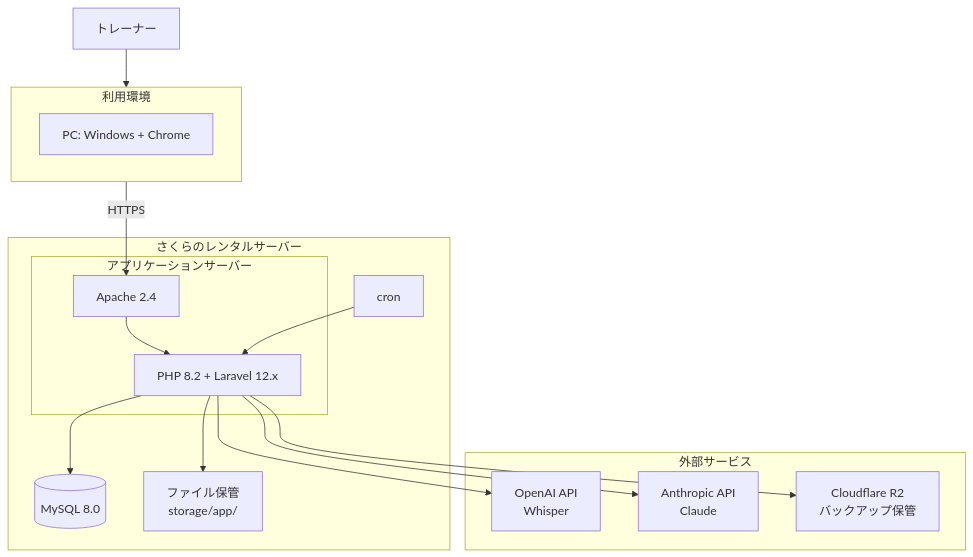
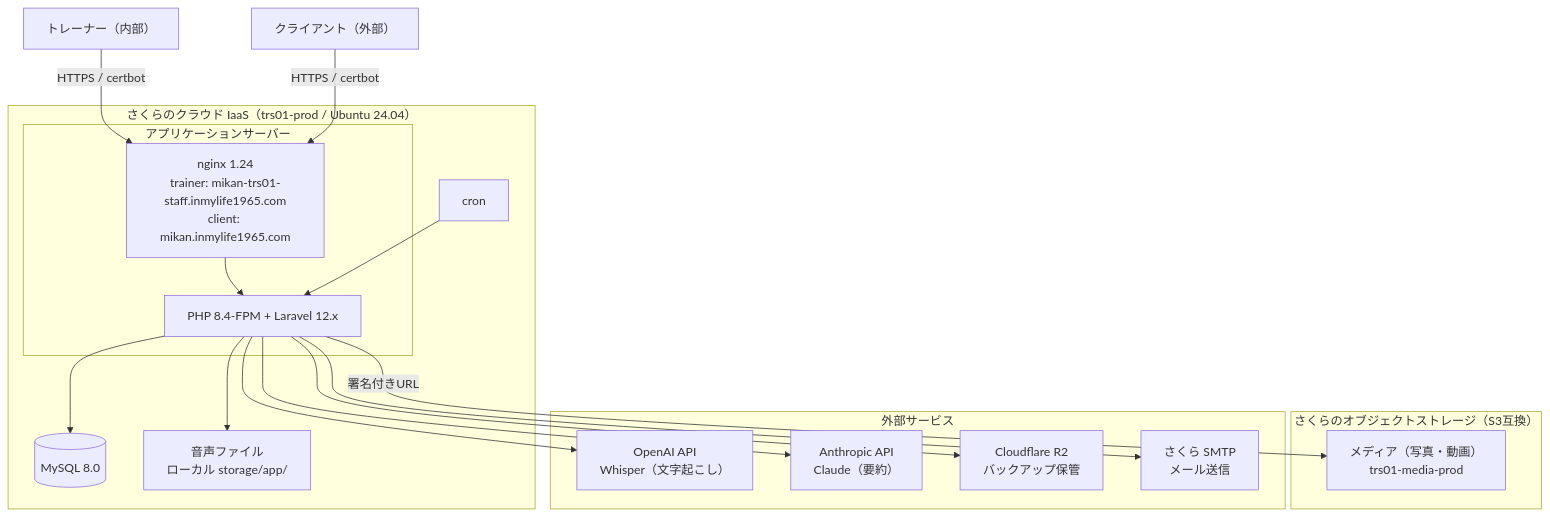
One commit to y-ouchi-inmylife/training-record-system changed the diagram in docs/architecture.md. Above: the diagram before and after it, drawn with Mermaid. The commit also changed other lines of this file and 1 other file, not shown here.

````diff
--- a/docs/architecture.md
+++ b/docs/architecture.md
@@ -14,35 +14,39 @@
 ```mermaid
 flowchart TD
-    User[トレーナー]
-    
-    subgraph UserEnv["利用環境"]
-        PC[PC: Windows + Chrome]
-    end
+    Trainer[トレーナー（内部）]
+    Client[クライアント（外部）]
 
-    subgraph Sakura["さくらのレンタルサーバー"]
+    subgraph Sakura["さくらのクラウド IaaS（trs01-prod / Ubuntu 24.04）"]
         subgraph AppServer["アプリケーションサーバー"]
-            Web[Apache 2.4]
-            App[PHP 8.2 + Laravel 12.x]
+            Nginx["nginx 1.24<br/>trainer: mikan-trs01-staff.inmylife1965.com<br/>client: mikan.inmylife1965.com"]
+            App[PHP 8.4-FPM + Laravel 12.x]
         end
         Cron[cron]
         DB[(MySQL 8.0)]
-        LocalFile[ファイル保管<br/>storage/app/]
+        LocalAudio[音声ファイル<br/>ローカル storage/app/]
+    end
+
+    subgraph SakuraObj["さくらのオブジェクトストレージ（S3互換）"]
+        Media[メディア（写真・動画）<br/>trs01-media-prod]
     end
 
     subgraph External["外部サービス"]
-        OpenAI[OpenAI API<br/>Whisper]
-        Anthropic[Anthropic API<br/>Claude]
+        OpenAI[OpenAI API<br/>Whisper（文字起こし）]
+        Anthropic[Anthropic API<br/>Claude（要約）]
         R2[Cloudflare R2<br/>バックアップ保管]
+        SMTP[さくら SMTP<br/>メール送信]
     end
 
-    User --> UserEnv
-    UserEnv -->|HTTPS| Web
-    Web --> App
+    Trainer -->|HTTPS / certbot| Nginx
+    Client -->|HTTPS / certbot| Nginx
+    Nginx --> App
     Cron --> App
     App --> DB
-    App --> LocalFile
+    App --> LocalAudio
 
+    App -->|署名付きURL| Media
     App --> OpenAI
     App --> Anthropic
     App --> R2
+    App --> SMTP
 ```
````
